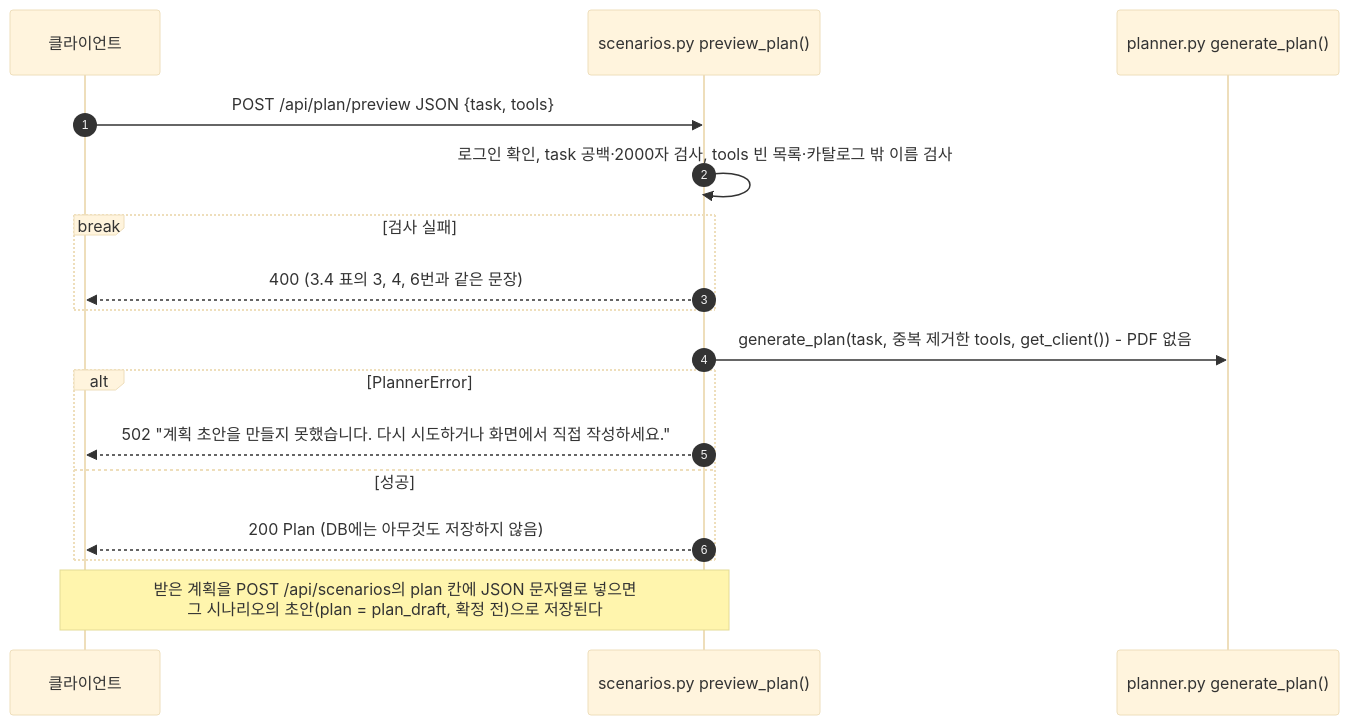
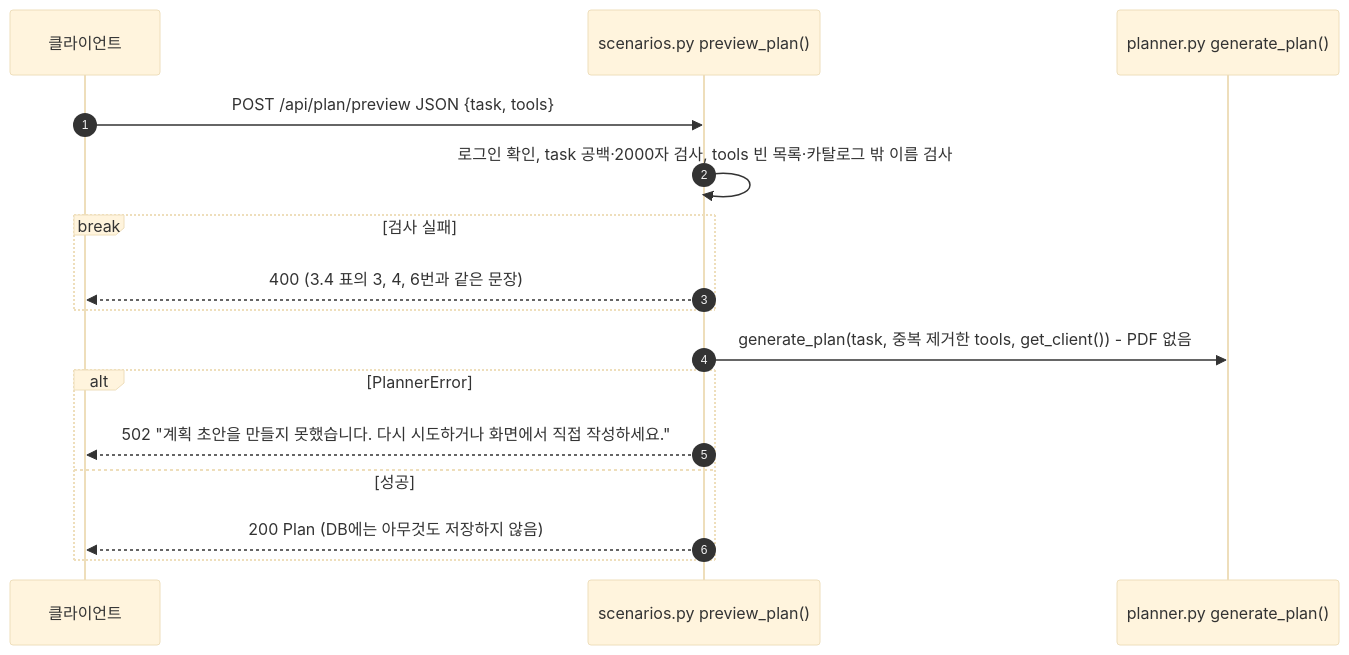
The third of 3 diagrams in docs/sequence/03-scenario-create.md (hailey-03/agentfence), drawn with Mermaid (base theme) before and after one commit. The commit also changed other lines of this file and 3 other files, not shown here.

````diff
--- a/docs/sequence/03-scenario-create.md
+++ b/docs/sequence/03-scenario-create.md
@@ -162,20 +155,19 @@
 ```mermaid
 sequenceDiagram
     autonumber
     participant C as 클라이언트
     participant SC as scenarios.py preview_plan()
     participant PL as planner.py generate_plan()
 
     C->>SC: POST /api/plan/preview JSON {task, tools}
     SC->>SC: 로그인 확인, task 공백·2000자 검사, tools 빈 목록·카탈로그 밖 이름 검사
     break 검사 실패
         SC-->>C: 400 (3.4 표의 3, 4, 6번과 같은 문장)
     end
     SC->>PL: generate_plan(task, 중복 제거한 tools, get_client()) - PDF 없음
     alt PlannerError
         SC-->>C: 502 "계획 초안을 만들지 못했습니다. 다시 시도하거나 화면에서 직접 작성하세요."
     else 성공
         SC-->>C: 200 Plan (DB에는 아무것도 저장하지 않음)
     end
-    Note over C,SC: 받은 계획을 POST /api/scenarios의 plan 칸에 JSON 문자열로 넣으면<br/>그 시나리오의 초안(plan = plan_draft, 확정 전)으로 저장된다
 ```
````
